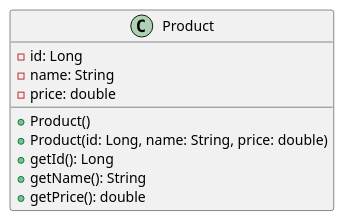
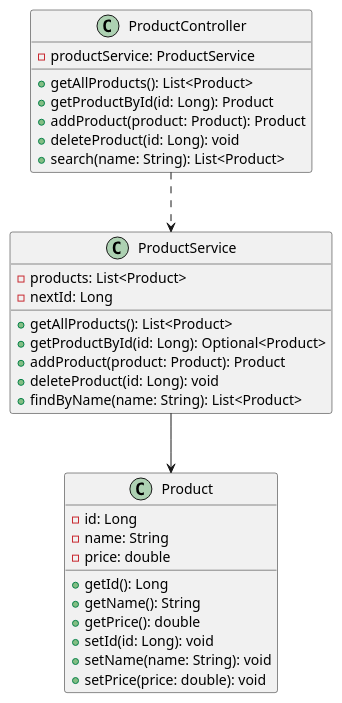
Before and after one commit to JRamanayake/products-api: the diagram in docs/uml/Product.puml, drawn with PlantUML. The commit also changed 9 other files, not shown here.

Commit message:
Tutorial 3: ProductService with List and four CRUD endpoints working

```diff
--- a/docs/uml/Product.puml
+++ b/docs/uml/Product.puml
@@ -1,12 +1,35 @@
 @startuml
 class Product {
   - id: Long
   - name: String
   - price: double
-  + Product()
-  + Product(id: Long, name: String, price: double)
   + getId(): Long
   + getName(): String
   + getPrice(): double
+  + setId(id: Long): void
+  + setName(name: String): void
+  + setPrice(price: double): void
 }
-@enduml
+
+class ProductService {
+  - products: List<Product>
+  - nextId: Long
+  + getAllProducts(): List<Product>
+  + getProductById(id: Long): Optional<Product>
+  + addProduct(product: Product): Product
+  + deleteProduct(id: Long): void
+  + findByName(name: String): List<Product>
+}
+
+class ProductController {
+  - productService: ProductService
+  + getAllProducts(): List<Product>
+  + getProductById(id: Long): Product
+  + addProduct(product: Product): Product
+  + deleteProduct(id: Long): void
+  + search(name: String): List<Product>
+}
+
+ProductController ..> ProductService
+ProductService --> Product
+@endl
```
